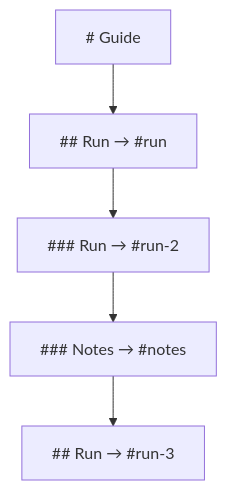
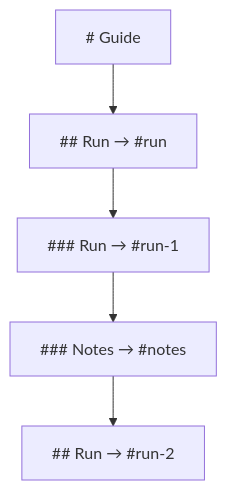
The first of 2 diagrams in docs/destinations.md (m2ux/prosiform), drawn with Mermaid before and after one commit. The commit also changed other lines of this file, not shown here.

````diff
--- a/docs/destinations.md
+++ b/docs/destinations.md
@@ -30,7 +30,7 @@
 ```mermaid
 flowchart TD
   F["# Guide"] --> A["## Run → #run"]
-  A --> B["### Run → #run-2"]
+  A --> B["### Run → #run-1"]
   B --> C["### Notes → #notes"]
-  C --> D["## Run → #run-3"]
+  C --> D["## Run → #run-2"]
 ```
````
